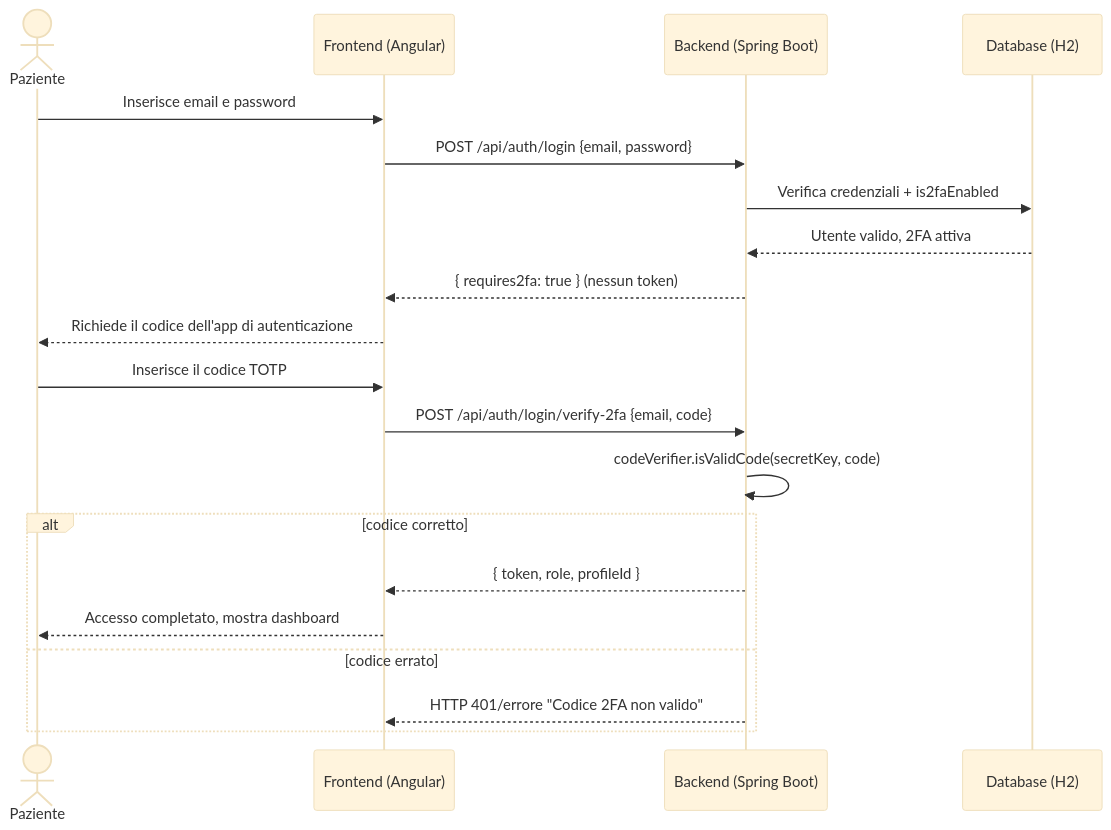
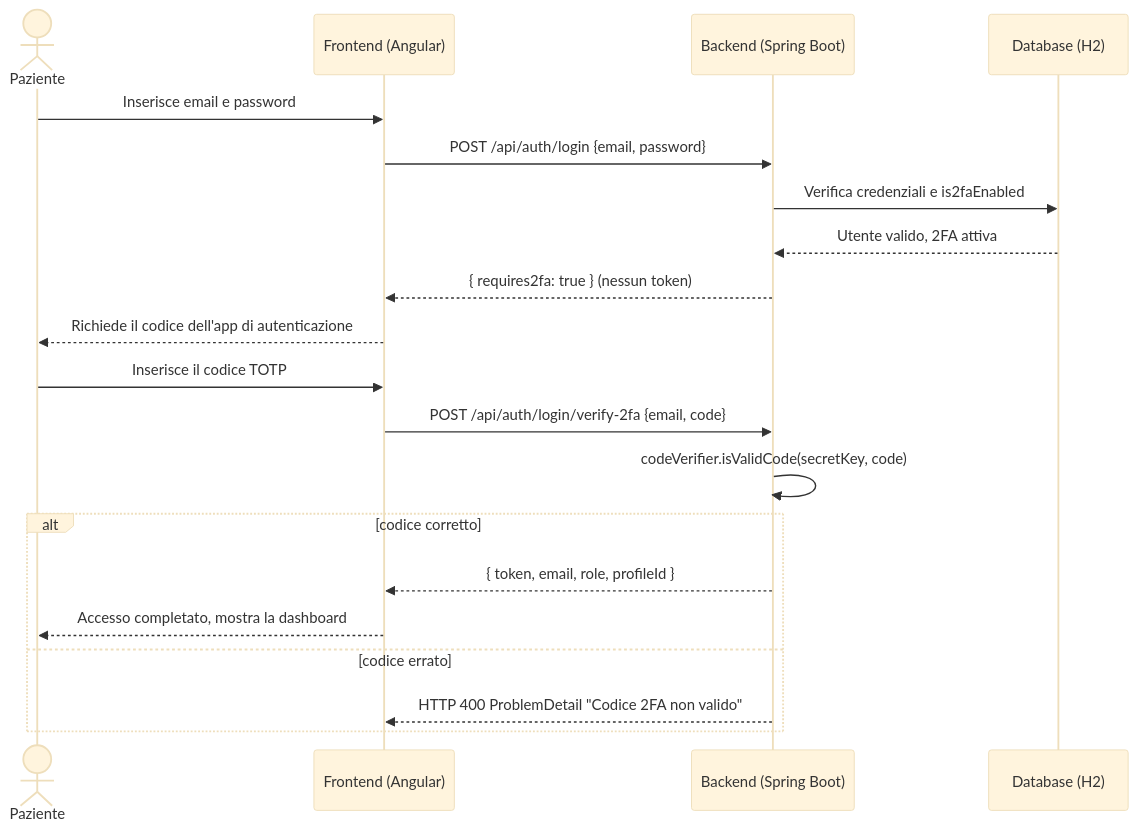
One commit to acapodanno/project-work-l-31 changed the tenth of 11 diagrams in doc/2-Design_Architetturale.md. Above: the diagram before and after it, drawn with Mermaid (base theme). The commit also changed other lines of this file and 32 other files, not shown here.

````diff
--- a/doc/2-Design_Architetturale.md
+++ b/doc/2-Design_Architetturale.md
@@ -154,24 +362,24 @@
 ```mermaid
 sequenceDiagram
     actor P as Paziente
     participant F as Frontend (Angular)
     participant B as Backend (Spring Boot)
     participant DB as Database (H2)
 
     P->>F: Inserisce email e password
     F->>B: POST /api/auth/login {email, password}
-    B->>DB: Verifica credenziali + is2faEnabled
+    B->>DB: Verifica credenziali e is2faEnabled
     DB-->>B: Utente valido, 2FA attiva
     B-->>F: { requires2fa: true } (nessun token)
     F-->>P: Richiede il codice dell'app di autenticazione
 
     P->>F: Inserisce il codice TOTP
     F->>B: POST /api/auth/login/verify-2fa {email, code}
     B->>B: codeVerifier.isValidCode(secretKey, code)
     alt codice corretto
-        B-->>F: { token, role, profileId }
-        F-->>P: Accesso completato, mostra dashboard
+        B-->>F: { token, email, role, profileId }
+        F-->>P: Accesso completato, mostra la dashboard
     else codice errato
-        B-->>F: HTTP 401/errore "Codice 2FA non valido"
+        B-->>F: HTTP 400 ProblemDetail "Codice 2FA non valido"
     end
 ```
````
